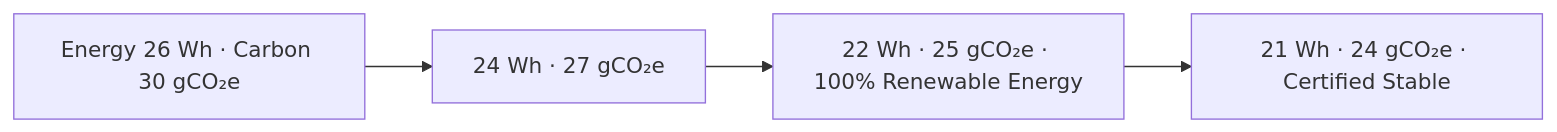
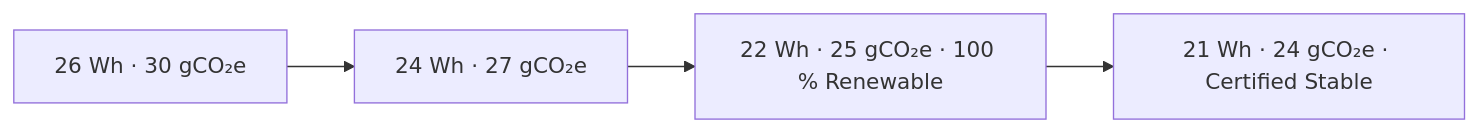
Before and after one commit to bartytime4life/Kansas-Frontier-Matrix: the third of 3 diagrams in src/README.md, drawn with Mermaid. The commit also changed other lines of this file, not shown here.

````diff
--- a/src/README.md
+++ b/src/README.md
@@ -137,6 +155,6 @@
 ```mermaid
 graph LR
-  Q1_2025["Energy 26 Wh · Carbon 30 gCO₂e"]-->Q2_2025["24 Wh · 27 gCO₂e"]
-  Q2_2025-->Q3_2025["22 Wh · 25 gCO₂e · 100% Renewable Energy"]
-  Q3_2025-->Q4_2025["21 Wh · 24 gCO₂e · Certified Stable"]
+  Q1["26 Wh · 30 gCO₂e"]-->Q2["24 Wh · 27 gCO₂e"]
+  Q2-->Q3["22 Wh · 25 gCO₂e · 100 % Renewable"]
+  Q3-->Q4["21 Wh · 24 gCO₂e · Certified Stable"]
 ```
````
